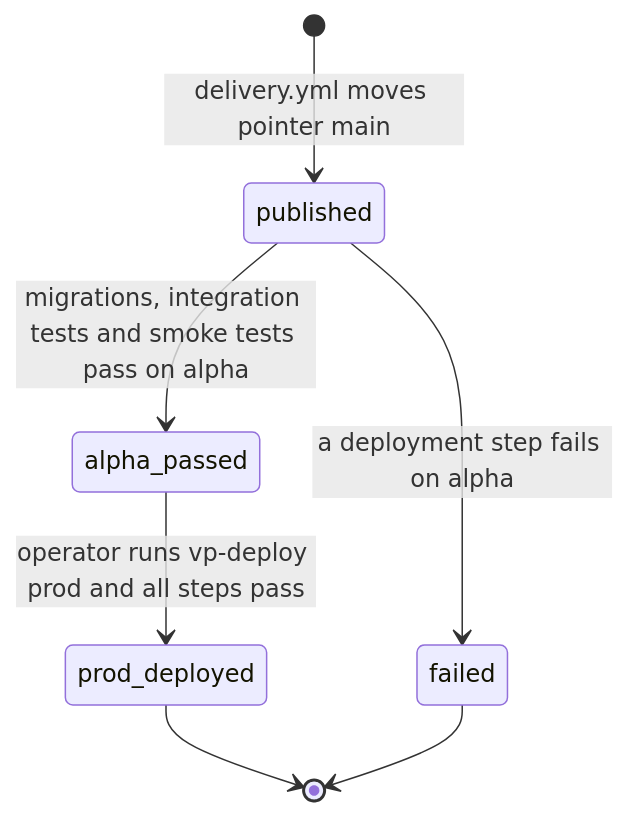
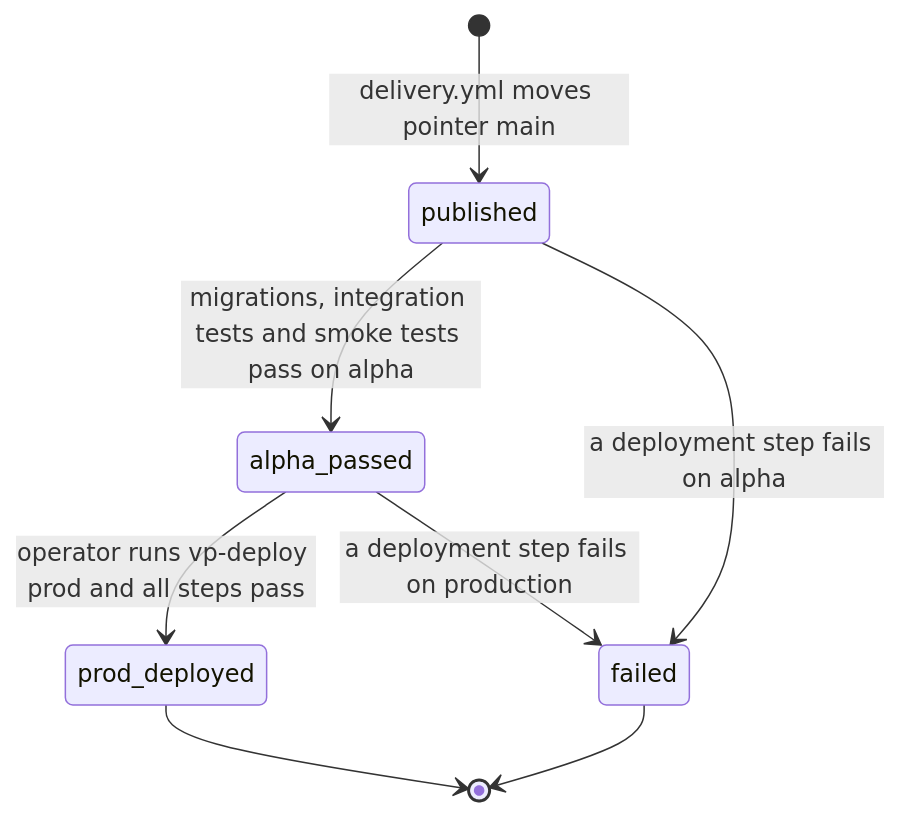
One commit to Viespirkiu-grupe/viespirkiai changed the seventh of 10 diagrams in docs/architecture/architecture-upgrade.md. Above: the diagram before and after it, drawn with Mermaid. The commit also changed other lines of this file, not shown here.

````diff
--- a/docs/architecture/architecture-upgrade.md
+++ b/docs/architecture/architecture-upgrade.md
@@ -929,9 +988,10 @@
 ```mermaid
 stateDiagram-v2
     [*] --> published: delivery.yml moves pointer main
     published --> alpha_passed: migrations, integration tests and smoke tests pass on alpha
     published --> failed: a deployment step fails on alpha
     alpha_passed --> prod_deployed: operator runs vp-deploy prod and all steps pass
+    alpha_passed --> failed: a deployment step fails on production
     prod_deployed --> [*]
     failed --> [*]
 ```
````
